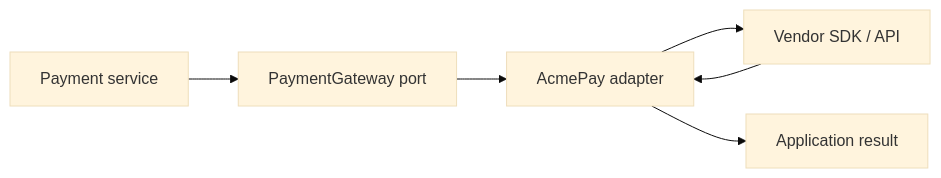
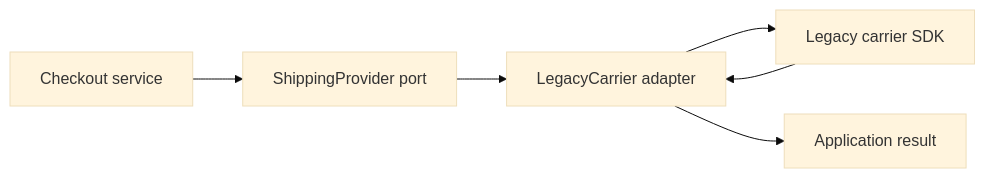
Before and after one commit to taukhir/shopverse: the diagram in documentation/docs/development/design-patterns/adapter.md, drawn with Mermaid (base theme). The commit also changed other lines of this file and 77 other files, not shown here.

````diff
--- a/documentation/docs/development/design-patterns/adapter.md
+++ b/documentation/docs/development/design-patterns/adapter.md
@@ -75,8 +83,8 @@
 ```mermaid
 flowchart LR
-    S["Payment service"] --> P["PaymentGateway port"]
-    P --> A["AcmePay adapter"]
-    A --> V["Vendor SDK / API"]
+    S["Checkout service"] --> P["ShippingProvider port"]
+    P --> A["LegacyCarrier adapter"]
+    A --> V["Legacy carrier SDK"]
     V --> A
     A --> D["Application result"]
 ```
````
